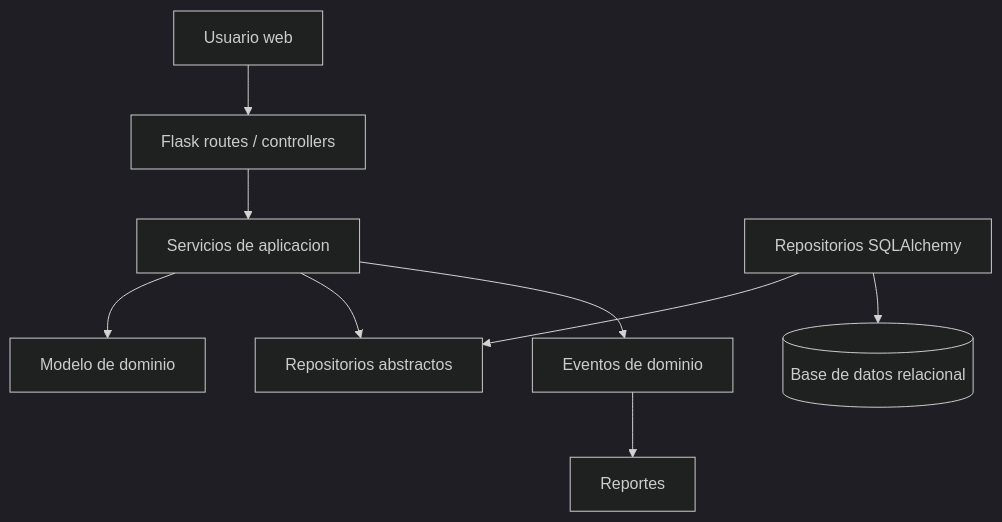
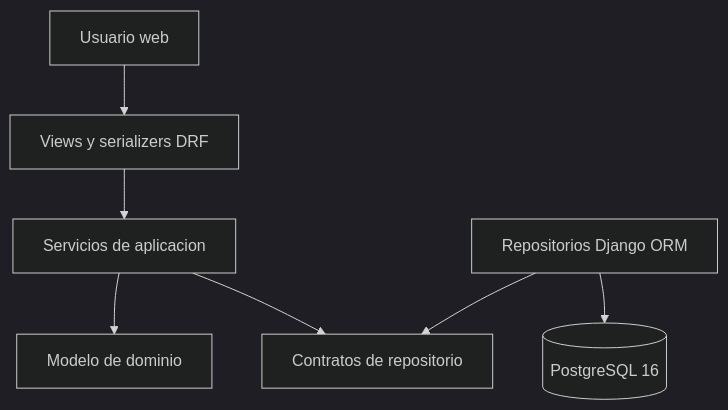
Before and after one commit to javierRock/SoftwareTextil: the first of 3 diagrams in docs/arquitectura.md, drawn with Mermaid (dark theme). The commit also changed other lines of this file and 468 other files, not shown here.

````diff
--- a/docs/arquitectura.md
+++ b/docs/arquitectura.md
@@ -27,11 +31,9 @@
 ```mermaid
 flowchart TD
-    UsuarioWeb["Usuario web"] --> Flask["Flask routes / controllers"]
-    Flask --> AppServices["Servicios de aplicacion"]
-    AppServices --> DomainModel["Modelo de dominio"]
-    AppServices --> Ports["Repositorios abstractos"]
-    SQLA["Repositorios SQLAlchemy"] --> Ports
-    SQLA --> DB[("Base de datos relacional")]
-    AppServices --> Events["Eventos de dominio"]
-    Events --> Reports["Reportes"]
+    Usuario["Usuario web"] --> Controllers["Views y serializers DRF"]
+    Controllers --> Services["Servicios de aplicacion"]
+    Services --> Domain["Modelo de dominio"]
+    Services --> Ports["Contratos de repositorio"]
+    Repositories["Repositorios Django ORM"] --> Ports
+    Repositories --> DB[("PostgreSQL 16")]
 ```
````
